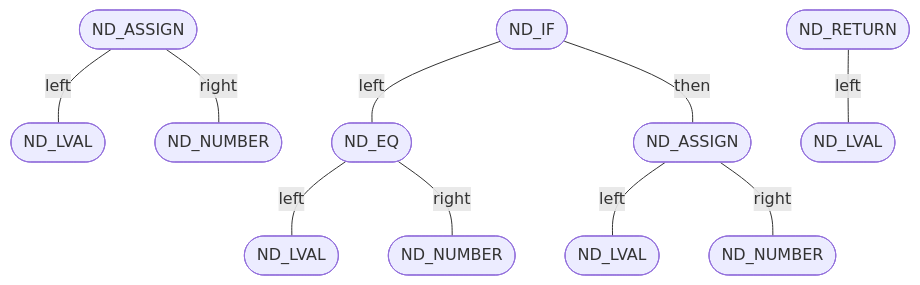
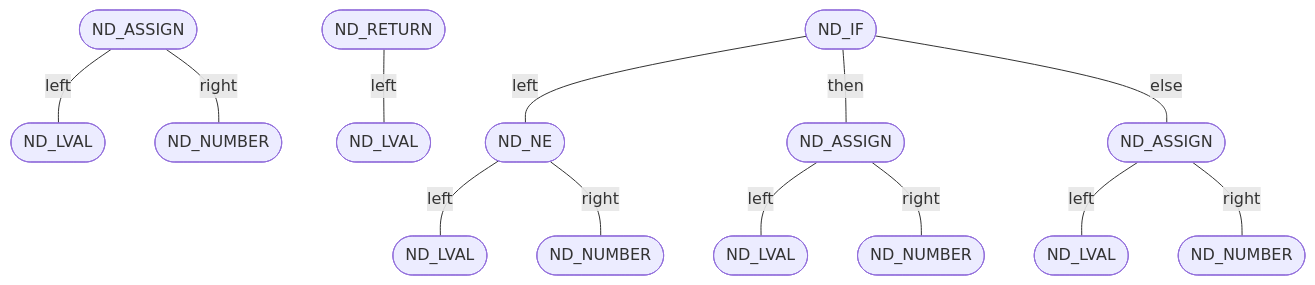
One commit to rych-hysh/mcc changed the diagram in parse_result.md. Above: the diagram before and after it, drawn with Mermaid. The commit also changed 4 other files, not shown here.

````diff
--- a/parse_result.md
+++ b/parse_result.md
@@ -1,24 +1,30 @@
 ```mermaid
 flowchart TD
 0([ND_ASSIGN])
 1([ND_LVAL])
 0-- left ---1
 3([ND_NUMBER])
 0-- right ---3
 100([ND_IF])
-101([ND_EQ])
+101([ND_NE])
 102([ND_LVAL])
 101-- left ---102
 205([ND_NUMBER])
 101-- right ---205
 100-- left ---101
 203([ND_ASSIGN])
 204([ND_LVAL])
 203-- left ---204
 409([ND_NUMBER])
 203-- right ---409
 100-- then ---203
+407([ND_ASSIGN])
+408([ND_LVAL])
+407-- left ---408
+817([ND_NUMBER])
+407-- right ---817
+100-- else ---407
 200([ND_RETURN])
 201([ND_LVAL])
 200-- left ---201
 ```
````
